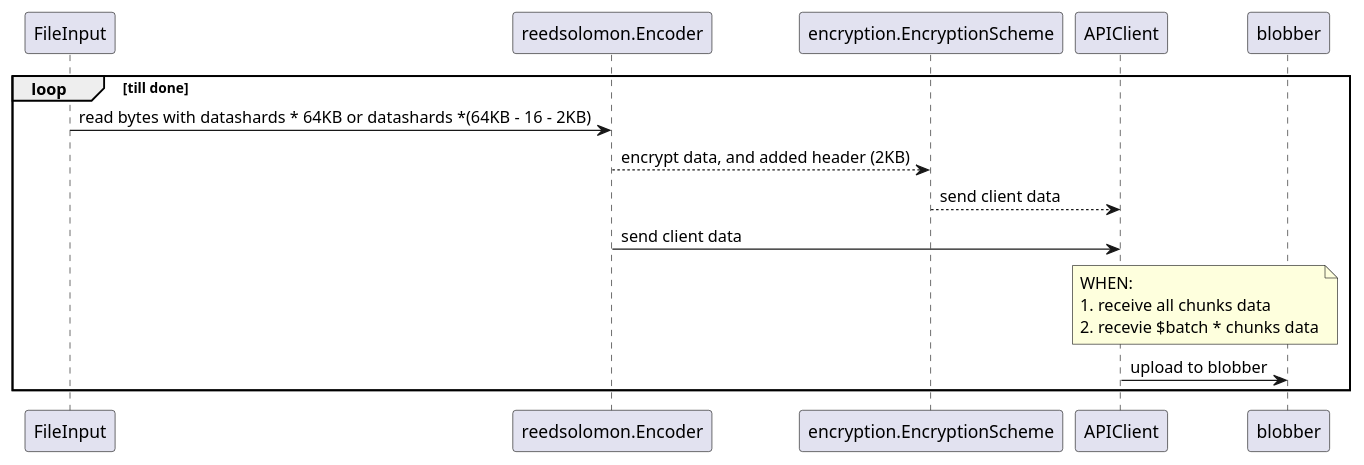
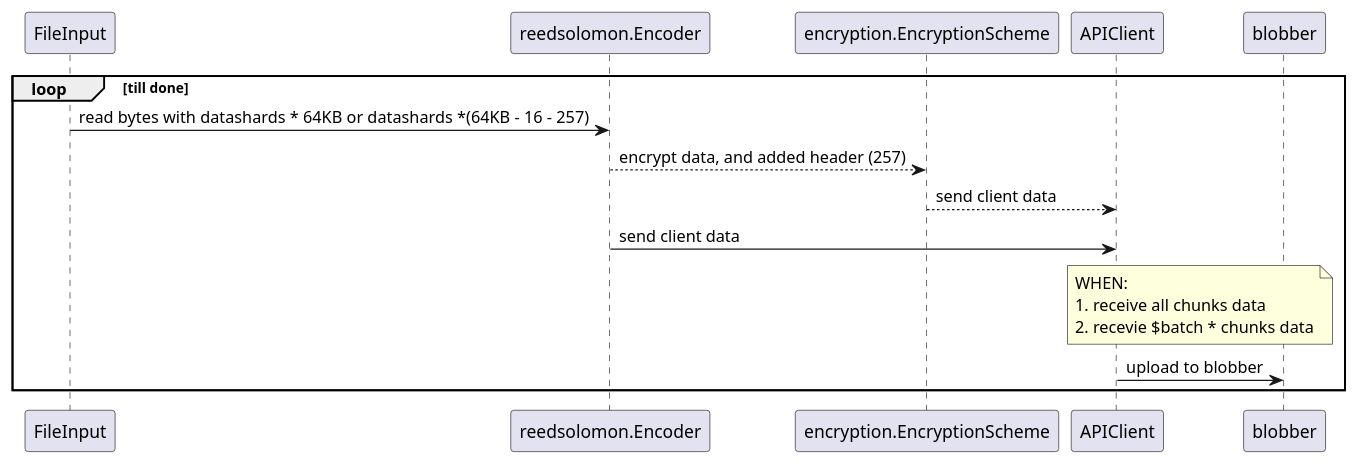
One commit to 0chain/gosdk changed the second of 2 diagrams in docs/uml/upload.puml. Above: the diagram before and after it, drawn with PlantUML. The commit also changed 7 other files, not shown here.

Commit message:
fix(upload): reduced EncryptionHeaderSize with 257

```diff
--- a/docs/uml/upload.puml
+++ b/docs/uml/upload.puml
@@ -57,18 +57,18 @@
 @startuml stream upload flow
 
 loop till done
-FileInput -> reedsolomon.Encoder : read bytes with datashards * 64KB or datashards *(64KB - 16 - 2KB)
-reedsolomon.Encoder --> encryption.EncryptionScheme : encrypt data, and added header (2KB)
+FileInput -> reedsolomon.Encoder : read bytes with datashards * 64KB or datashards *(64KB - 16 - 257)
+reedsolomon.Encoder --> encryption.EncryptionScheme : encrypt data, and added header (257)
 encryption.EncryptionScheme --> APIClient: send client data
 reedsolomon.Encoder -> APIClient: send client data
 
 note over APIClient,blobber
 WHEN:
 1. receive all chunks data
 2. recevie $batch * chunks data
 end note
 APIClient -> blobber : upload to blobber
 
 end
 
 @enduml
```
